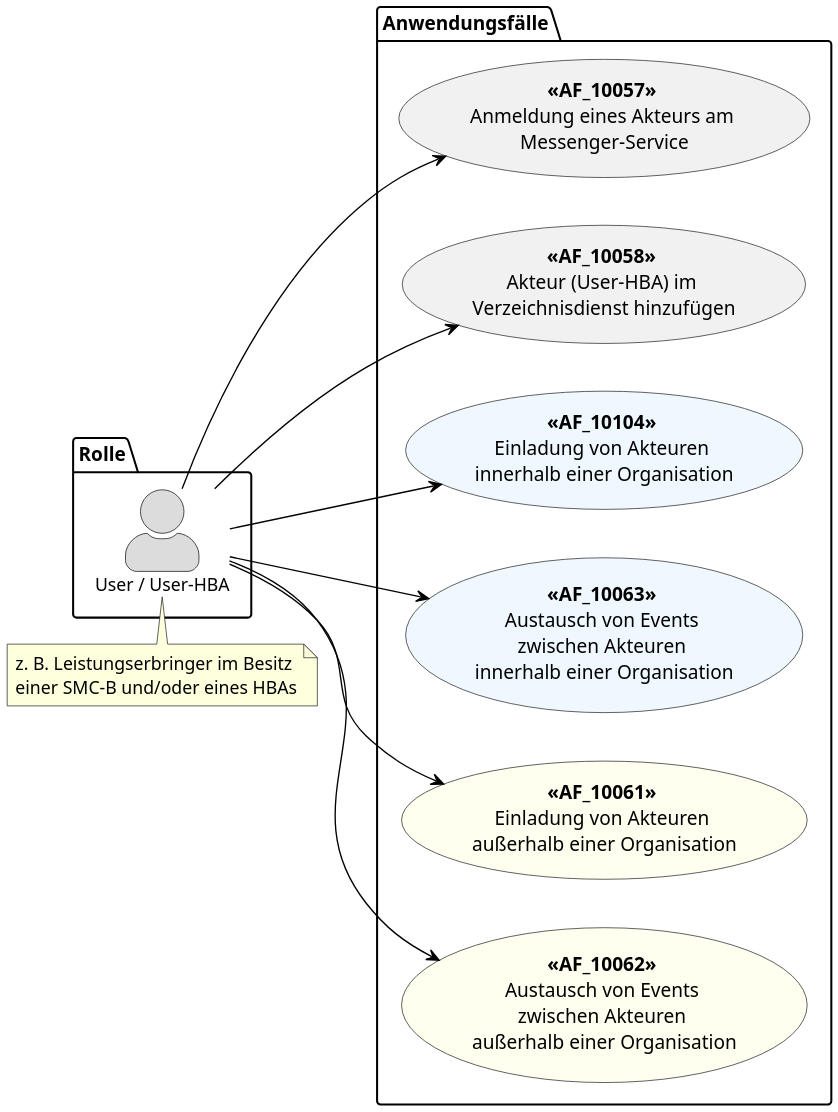
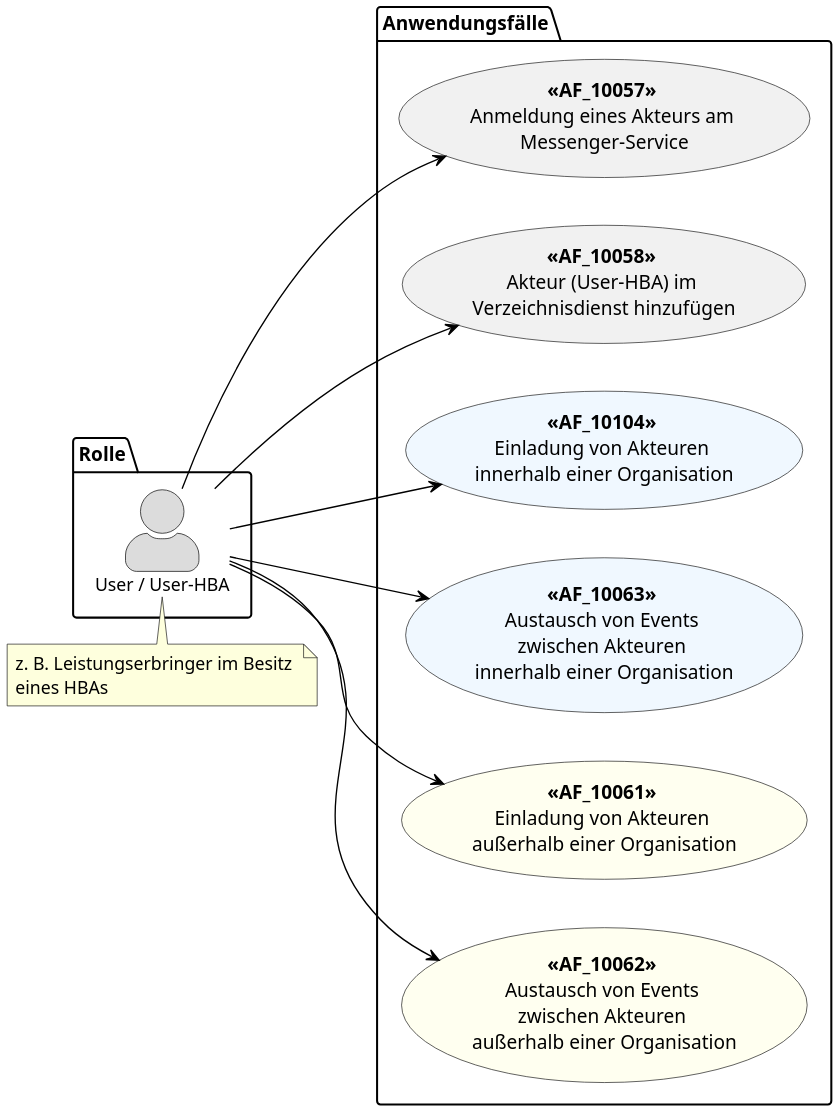
One commit to gematik/api-ti-messenger changed the diagram in src/plantuml/TI-Messenger-Dienst/Ressourcen/UC_user_HBA.puml. Above: the diagram before and after it, drawn with PlantUML.

```diff
--- a/src/plantuml/TI-Messenger-Dienst/Ressourcen/UC_user_HBA.puml
+++ b/src/plantuml/TI-Messenger-Dienst/Ressourcen/UC_user_HBA.puml
@@ -8,52 +8,52 @@
 @startuml
 skinparam actorStyle awesome
 left to right direction
 scale 6/3
 
 skinparam sequence {
 ArrowColor black
 ArrowFontSize 17
 ActorBorderColor black
 LifeLineBorderColor black
 LifeLineBackgroundColor Gainsboro
 
 ParticipantBorderColor Motivation
 ParticipantBackgroundColor Motivation
 ParticipantFontName Impact
 ParticipantFontSize 20
 ParticipantFontColor black
 ParticipantBorderColor Black
 ParticipantBackgroundColor MOTIVATION
 
 ActorBackgroundColor Gainsboro
 ActorFontColor black
 ActorFontSize 13
 ActorFontName Aapex
 }
 
 package Rolle {
 actor "User / User-HBA" as uuh
 }
 
 package Anwendungsfälle {
 usecase "**<<AF_10057>>** \nAnmeldung eines Akteurs am \nMessenger-Service" as UC1
 usecase "**<<AF_10058>>** \nAkteur (User-HBA) im \nVerzeichnisdienst hinzufügen" as UC2
 usecase "**<<AF_10104>>** \nEinladung von Akteuren \ninnerhalb einer Organisation" as UC3 #AliceBlue
 usecase "**<<AF_10063>>** \nAustausch von Events \nzwischen Akteuren \ninnerhalb einer Organisation" as UC4 #AliceBlue
 usecase "**<<AF_10061>>** \nEinladung von Akteuren \naußerhalb einer Organisation" as UC5 #Ivory
 usecase "**<<AF_10062>>** \nAustausch von Events \nzwischen Akteuren \naußerhalb einer Organisation" as UC6 #Ivory
 }
 
 uuh --> UC1
 uuh --> UC2
 uuh --> UC3
 uuh --> UC4
 uuh --> UC5
 uuh --> UC6
 
 note top of (uuh)
 z. B. Leistungserbringer im Besitz 
-einer SMC-B und/oder eines HBAs
+eines HBAs
 end note
 
 @enduml
```
